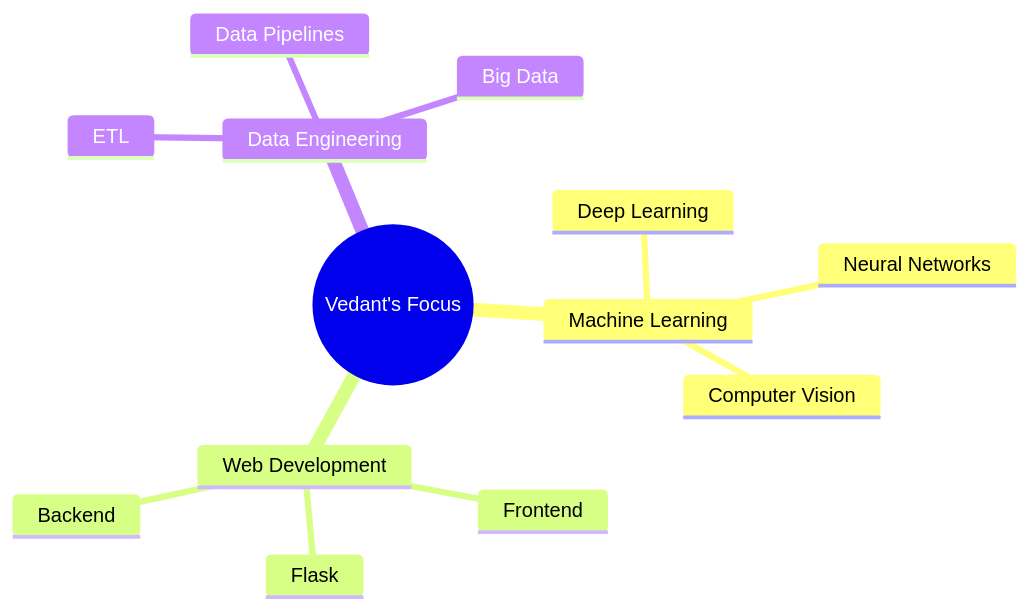
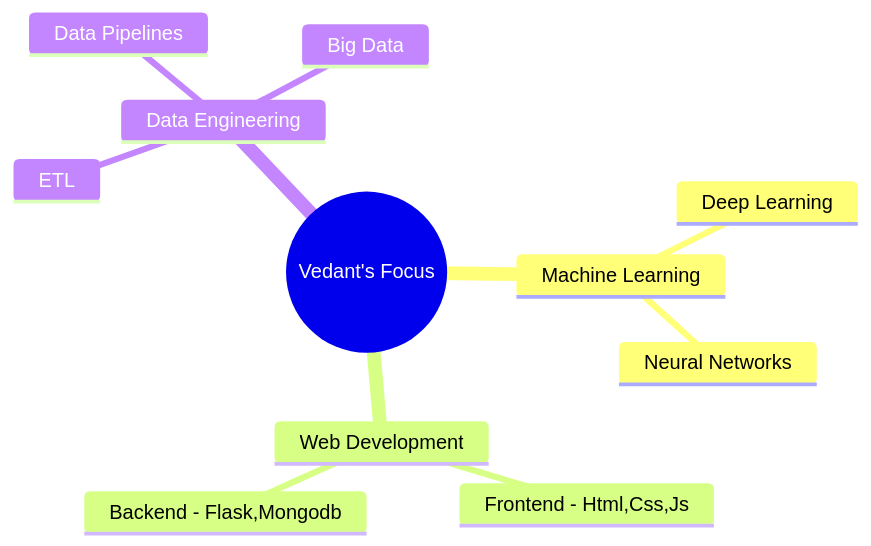
The diagram in README.md (VedantKale106/VedantKale106), drawn with Mermaid before and after one commit. The commit also changed other lines of this file, not shown here.

````diff
--- a/README.md
+++ b/README.md
@@ -53,16 +49,14 @@
 ```mermaid
 mindmap
   root((Vedant's Focus))
     Machine Learning
       Deep Learning
       Neural Networks
-      Computer Vision
     Web Development
-      Flask
-      Frontend
-      Backend
+      Frontend - Html,Css,Js
+      Backend - Flask,Mongodb
     Data Engineering
       ETL
       Data Pipelines
       Big Data
 ```
````
